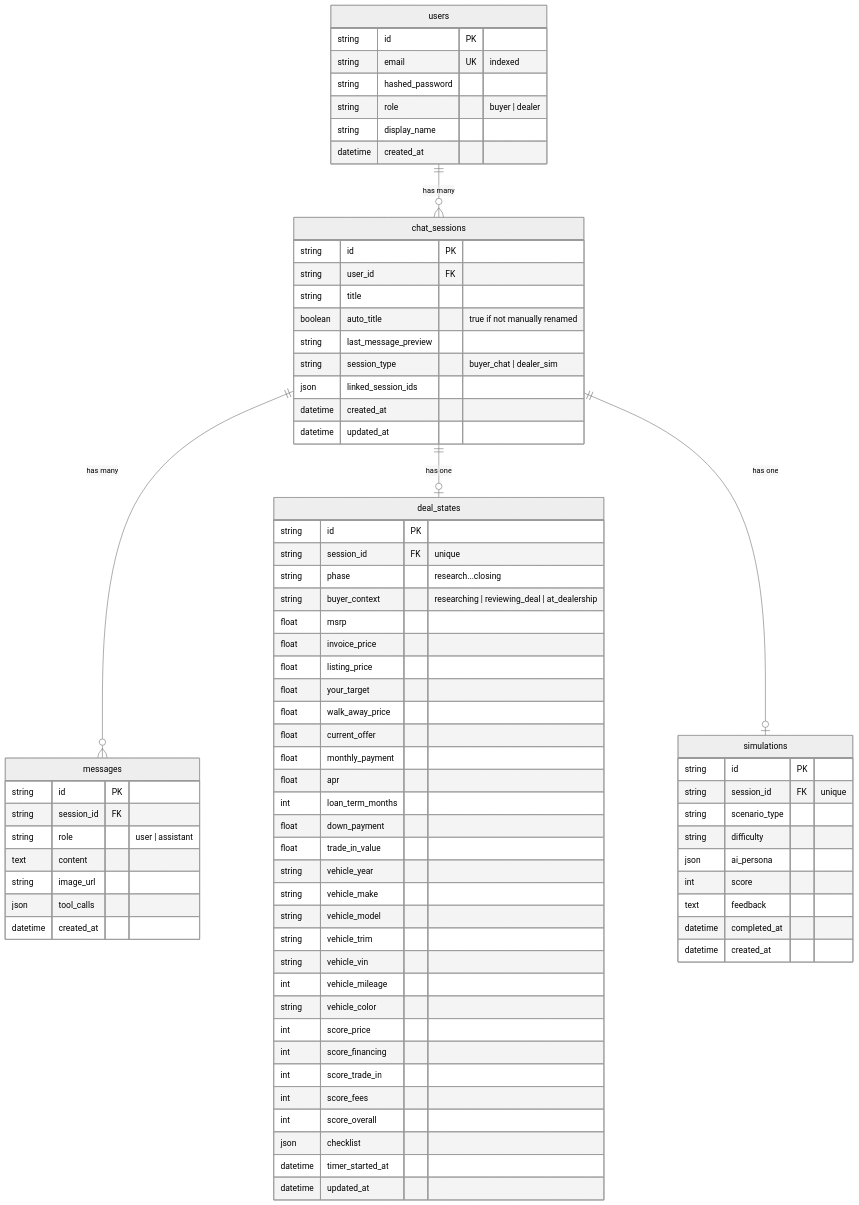
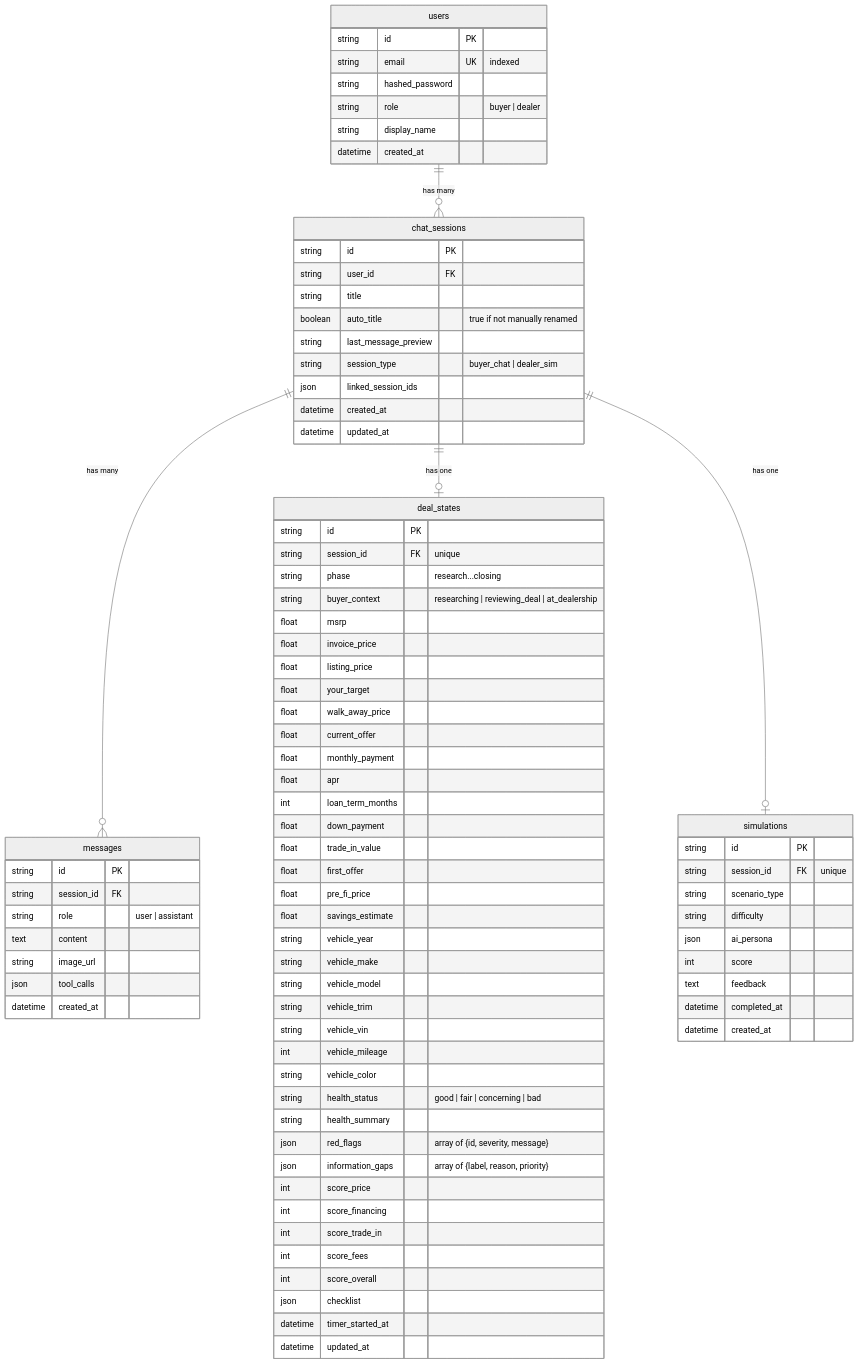
Before and after one commit to kramersmith/dealership-ai: the second of 2 diagrams in docs/TRD.md, drawn with Mermaid (neutral theme). The commit also changed other lines of this file and 47 other files, not shown here.

First line of the commit message:
feat: insights panel redesign with deal health, red flags, and inline editing

```diff
--- a/docs/TRD.md
+++ b/docs/TRD.md
@@ -344,6 +349,9 @@
         int loan_term_months
         float down_payment
         float trade_in_value
+        float first_offer
+        float pre_fi_price
+        float savings_estimate
         string vehicle_year
         string vehicle_make
         string vehicle_model
@@ -351,6 +359,10 @@
         string vehicle_vin
         int vehicle_mileage
         string vehicle_color
+        string health_status "good | fair | concerning | bad"
+        string health_summary
+        json red_flags "array of {id, severity, message}"
+        json information_gaps "array of {label, reason, priority}"
         int score_price
         int score_financing
         int score_trade_in
```
